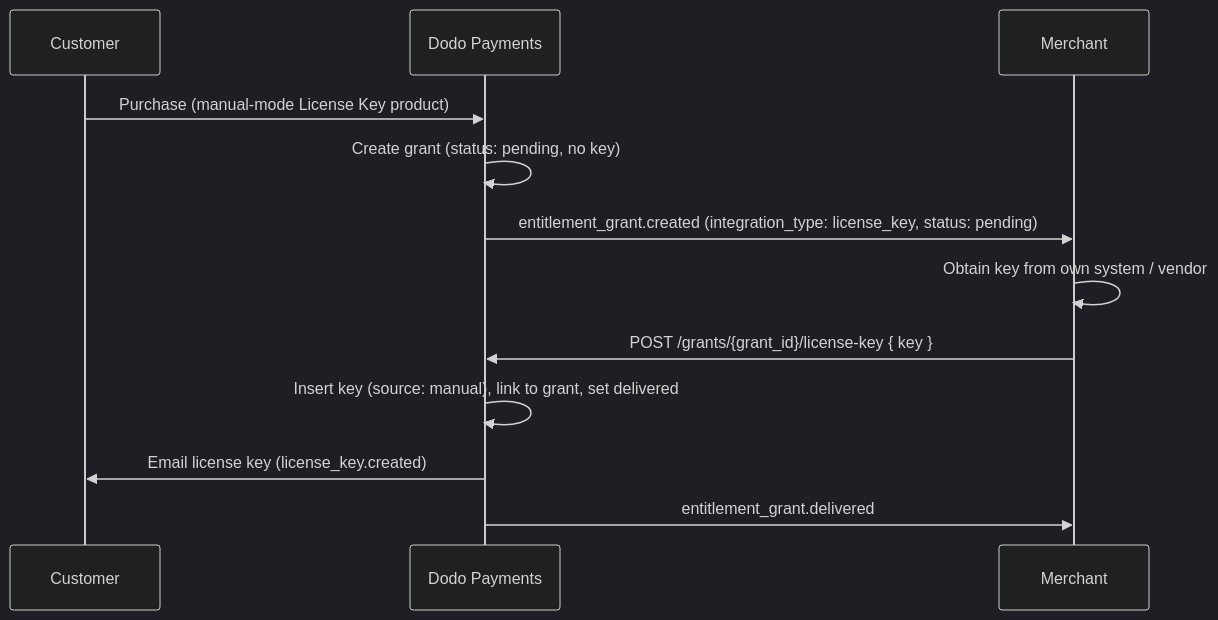
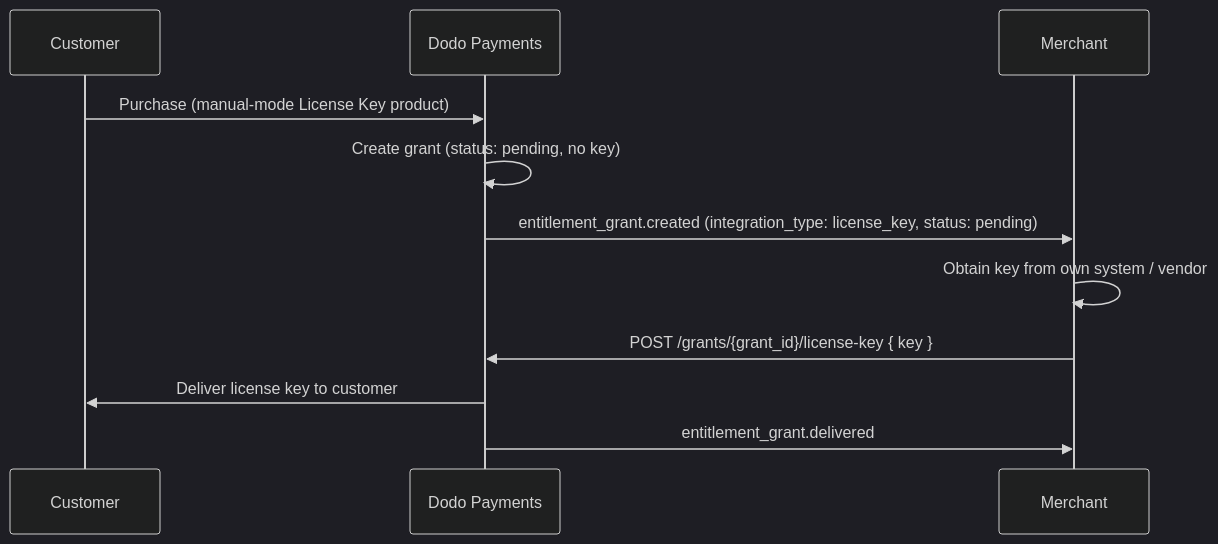
One commit to dodopayments/dodo-docs changed the diagram in features/self-served-license-keys.mdx. Above: the diagram before and after it, drawn with Mermaid (dark theme). The commit also changed other lines of this file, not shown here.

First line of the commit message:
docs(entitlements): describe self-served key behaviour, not internals

````diff
--- a/features/self-served-license-keys.mdx
+++ b/features/self-served-license-keys.mdx
@@ -49,14 +49,13 @@
 ```mermaid
 sequenceDiagram
     participant C as Customer
     participant D as Dodo Payments
     participant M as Merchant
     C->>D: Purchase (manual-mode License Key product)
     D->>D: Create grant (status: pending, no key)
     D->>M: entitlement_grant.created (integration_type: license_key, status: pending)
     M->>M: Obtain key from own system / vendor
     M->>D: POST /grants/{grant_id}/license-key { key }
-    D->>D: Insert key (source: manual), link to grant, set delivered
-    D->>C: Email license key (license_key.created)
+    D->>C: Deliver license key to customer
     D->>M: entitlement_grant.delivered
 ```
````
